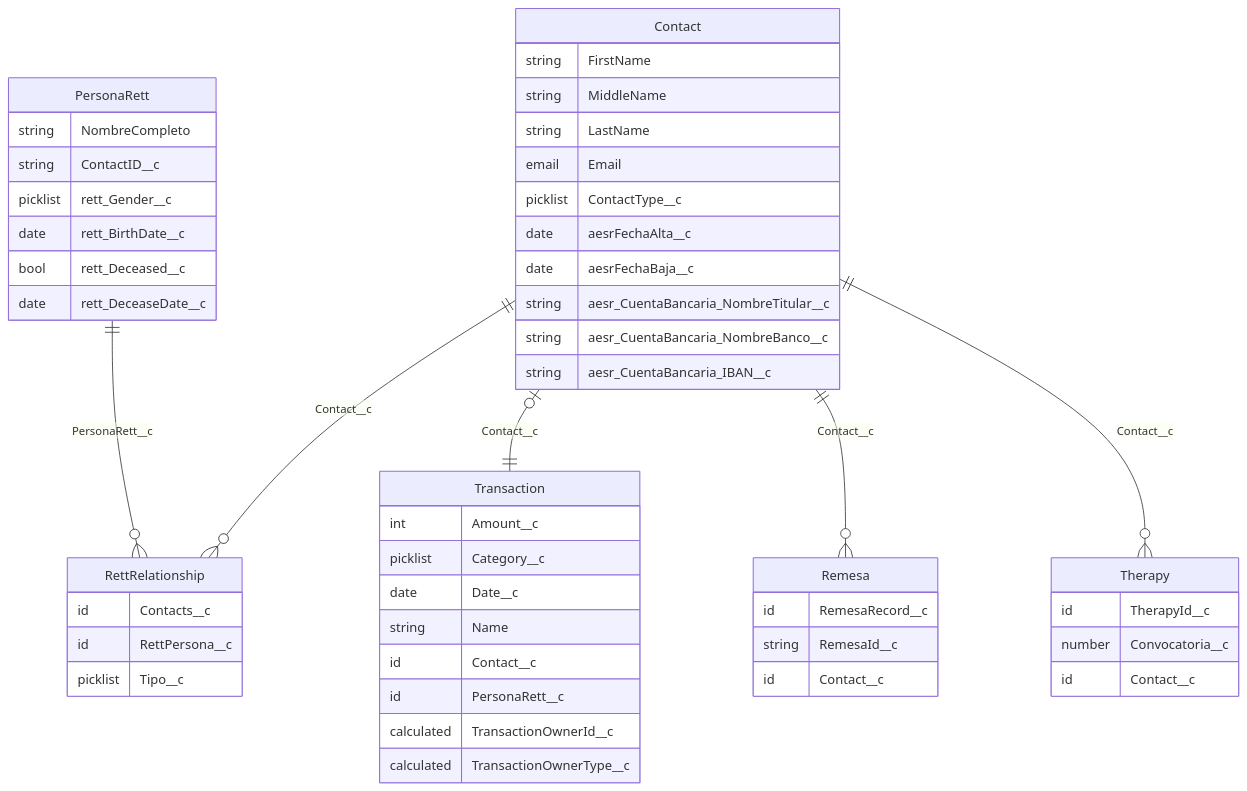
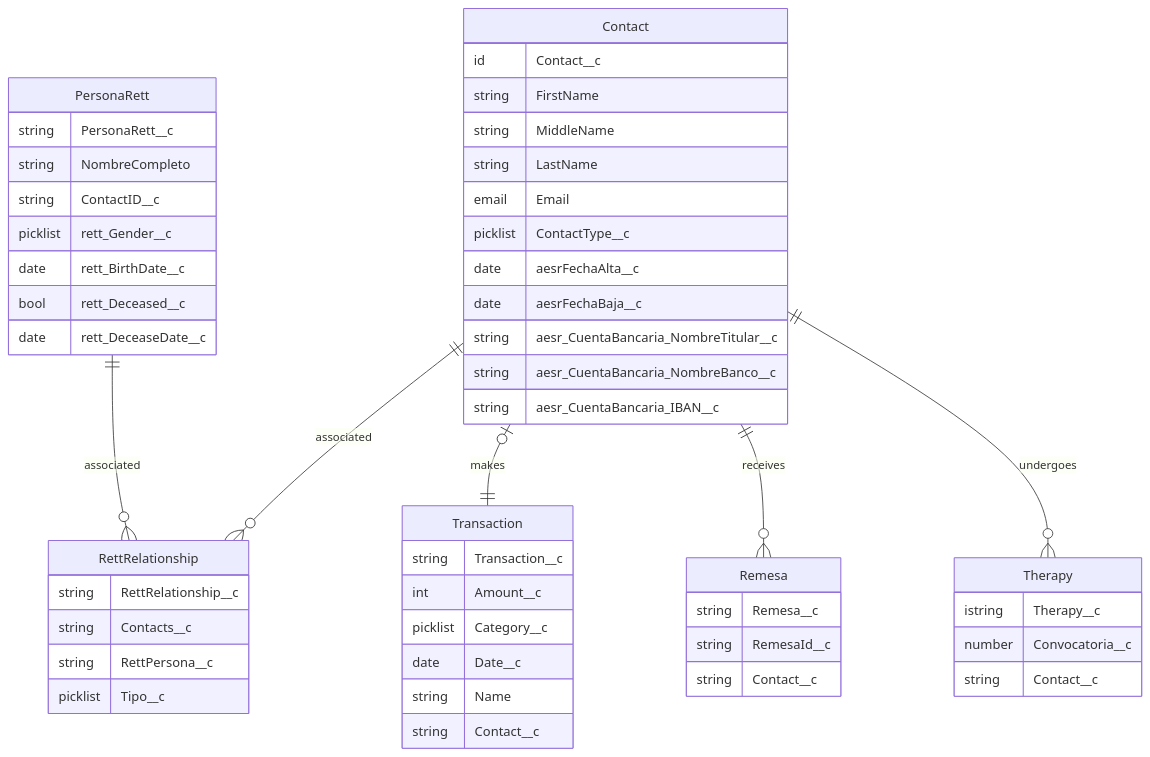
Before and after one commit to rett-spain/ngo-finance: the diagram in docs/dbmodel.md, drawn with Mermaid. The commit also changed 1 other file, not shown here.

Commit message:
Update relationships between entities

````diff
--- a/docs/dbmodel.md
+++ b/docs/dbmodel.md
@@ -1,64 +3,63 @@
 ```mermaid
 erDiagram
 
-    Contact ||--o{ RettRelationship : Contact__c
-    PersonaRett ||--o{ RettRelationship : PersonaRett__c
+    Contact ||--o{ RettRelationship : associated
+    PersonaRett ||--o{ RettRelationship : associated
 
-    Contact |o--|| Transaction : Contact__c
-    Contact ||--o{ Remesa : Contact__c
-    Contact ||--o{ Therapy : Contact__c
-
-
+    Contact |o--|| Transaction : makes
+    Contact ||--o{ Remesa : receives
+    Contact ||--o{ Therapy : undergoes
 
     Contact {
+        id Contact__c
         string FirstName
         string MiddleName
         string LastName
         email Email
         picklist ContactType__c
         date aesrFechaAlta__c
         date aesrFechaBaja__c
         string aesr_CuentaBancaria_NombreTitular__c
         string aesr_CuentaBancaria_NombreBanco__c
         string aesr_CuentaBancaria_IBAN__c
     }
 
     PersonaRett {
+        string PersonaRett__c
         string NombreCompleto
         string ContactID__c
         picklist rett_Gender__c
         date rett_BirthDate__c
         bool rett_Deceased__c
         date rett_DeceaseDate__c
     }
 
     RettRelationship {
-        id Contacts__c
-        id RettPersona__c
+        string RettRelationship__c
+        string Contacts__c
+        string RettPersona__c
         picklist Tipo__c
     }
 
     Transaction {
+        string Transaction__c
         int Amount__c
         picklist Category__c
         date Date__c
         string Name
-        id Contact__c
-        id PersonaRett__c
-        calculated TransactionOwnerId__c
-        calculated TransactionOwnerType__c
+        string Contact__c
     }
 
     Therapy {
-        id TherapyId__c
+        istring Therapy__c
         number Convocatoria__c
-        id Contact__c
+        string Contact__c
     }
 
     Remesa {
-        id RemesaRecord__c
+        string Remesa__c
         string RemesaId__c
-        id Contact__c
+        string Contact__c
     }
 
 ```
````
